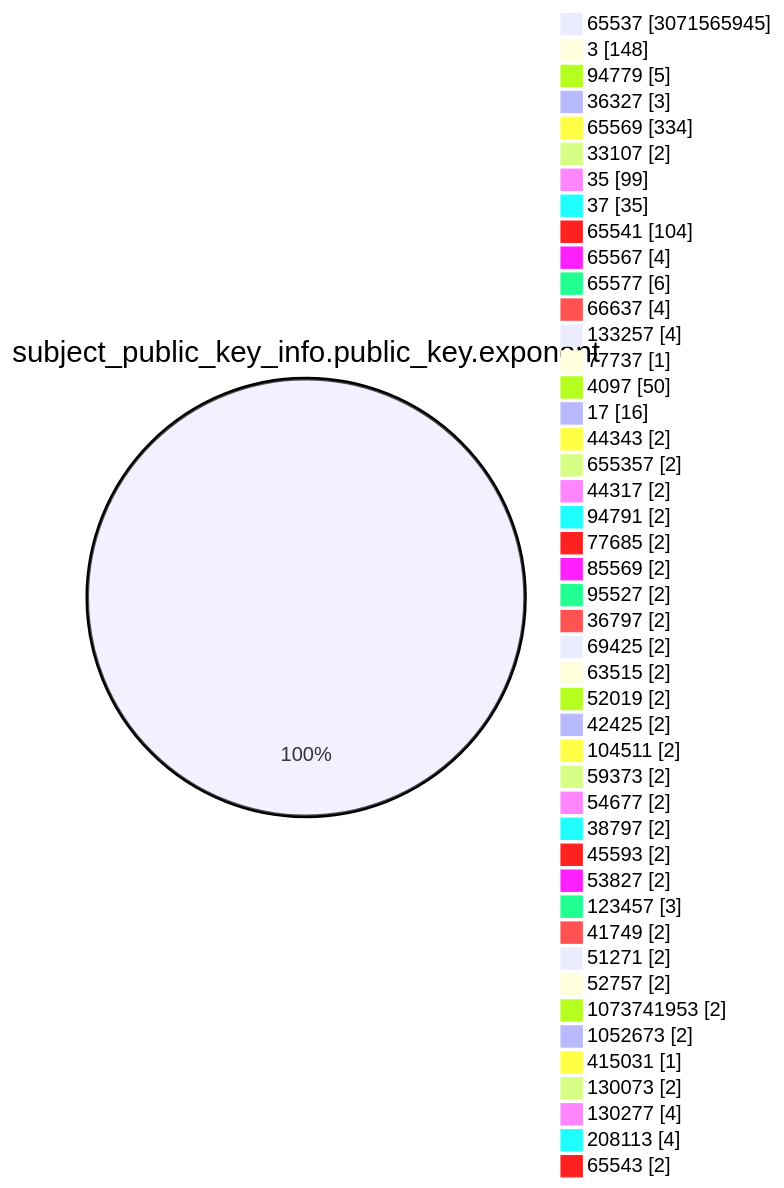
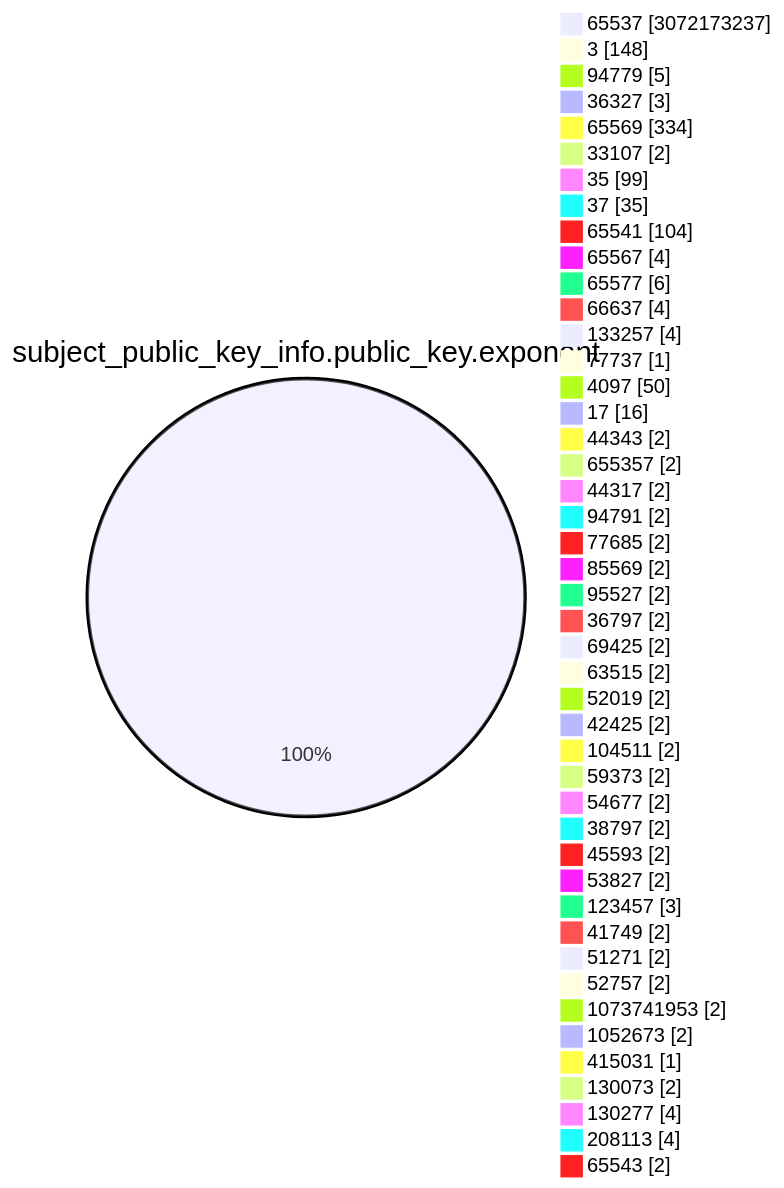
The fourth of 15 diagrams in TOTAL/README.md (christiankrug/ctmonitor_visualization), drawn with Mermaid before and after one commit. The commit also changed other lines of this file, not shown here.

````diff
--- a/TOTAL/README.md
+++ b/TOTAL/README.md
@@ -1473,49 +1473,49 @@
 ```mermaid
 pie showData
 title subject_public_key_info.public_key.exponent
-"65537" :3071565945
+"65537" :3072173237
 "3" :148
 "94779" :5
 "36327" :3
 "65569" :334
 "33107" :2
 "35" :99
 "37" :35
 "65541" :104
 "65567" :4
 "65577" :6
 "66637" :4
 "133257" :4
 "77737" :1
 "4097" :50
 "17" :16
 "44343" :2
 "655357" :2
 "44317" :2
 "94791" :2
 "77685" :2
 "85569" :2
 "95527" :2
 "36797" :2
 "69425" :2
 "63515" :2
 "52019" :2
 "42425" :2
 "104511" :2
 "59373" :2
 "54677" :2
 "38797" :2
 "45593" :2
 "53827" :2
 "123457" :3
 "41749" :2
 "51271" :2
 "52757" :2
 "1073741953" :2
 "1052673" :2
 "415031" :1
 "130073" :2
 "130277" :4
 "208113" :4
 "65543" :2
 ```
````
